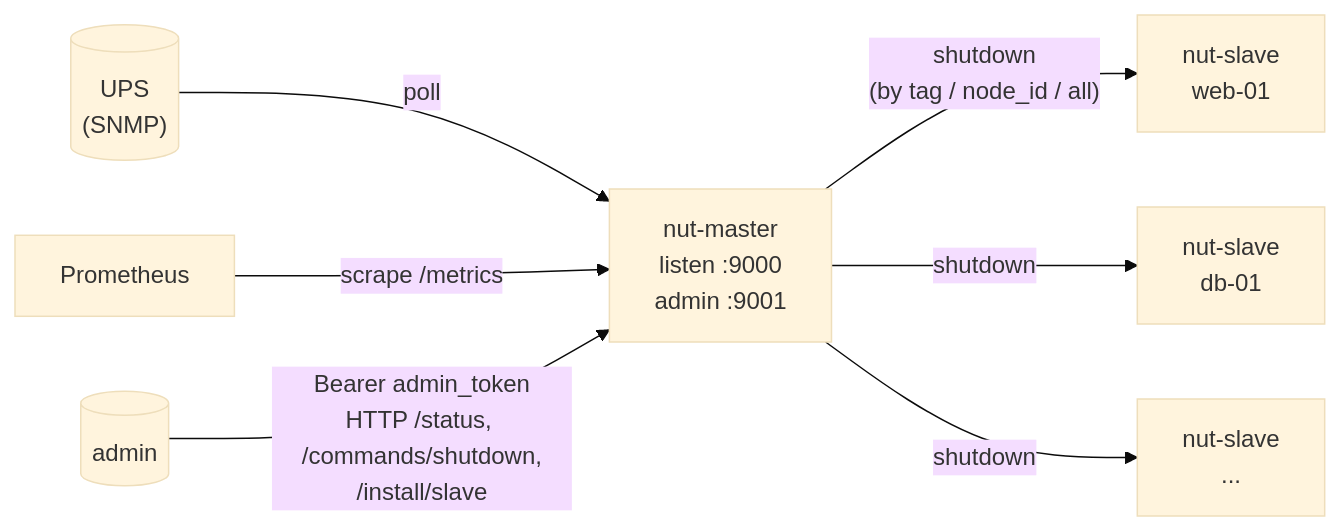
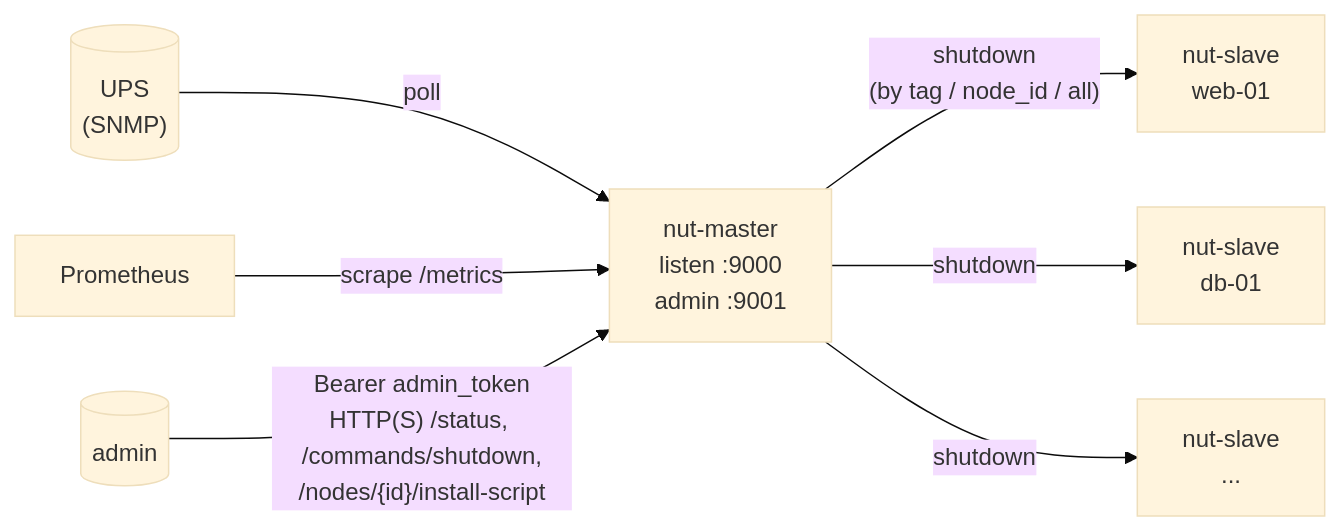
Before and after one commit to riofutab/nut-server: the diagram in README.md, drawn with Mermaid (base theme). The commit also changed other lines of this file and 7 other files, not shown here.

````diff
--- a/README.md
+++ b/README.md
@@ -35,9 +40,9 @@
 ```mermaid
 flowchart LR
     UPS[("UPS\n(SNMP)")] -- poll --> M["nut-master\nlisten :9000\nadmin :9001"]
     M -- "shutdown\n(by tag / node_id / all)" --> S1["nut-slave\nweb-01"]
     M -- shutdown --> S2["nut-slave\ndb-01"]
     M -- shutdown --> S3["nut-slave\n..."]
     Prom["Prometheus"] -- "scrape /metrics" --> M
-    Op[("admin")] -- "Bearer admin_token\nHTTP /status, /commands/shutdown,\n/install/slave"  --> M
+    Op[("admin")] -- "Bearer admin_token\nHTTP(S) /status, /commands/shutdown,\n/nodes/{id}/install-script"  --> M
 ```
````
